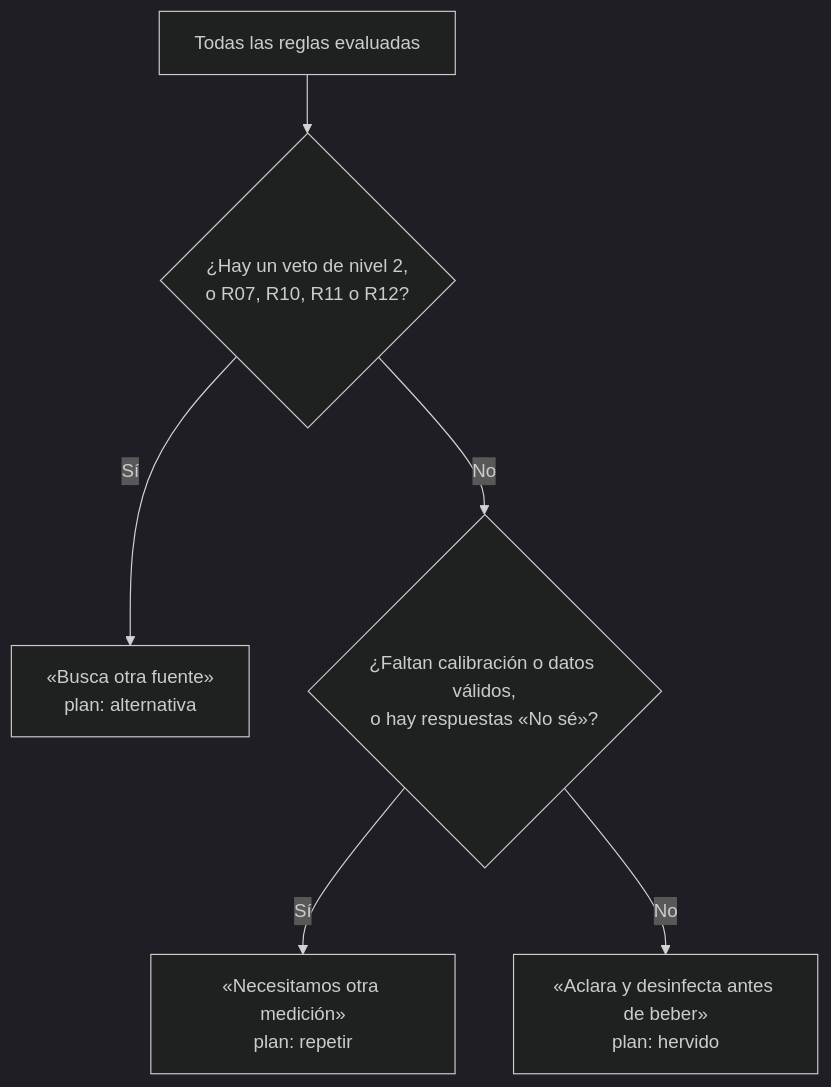
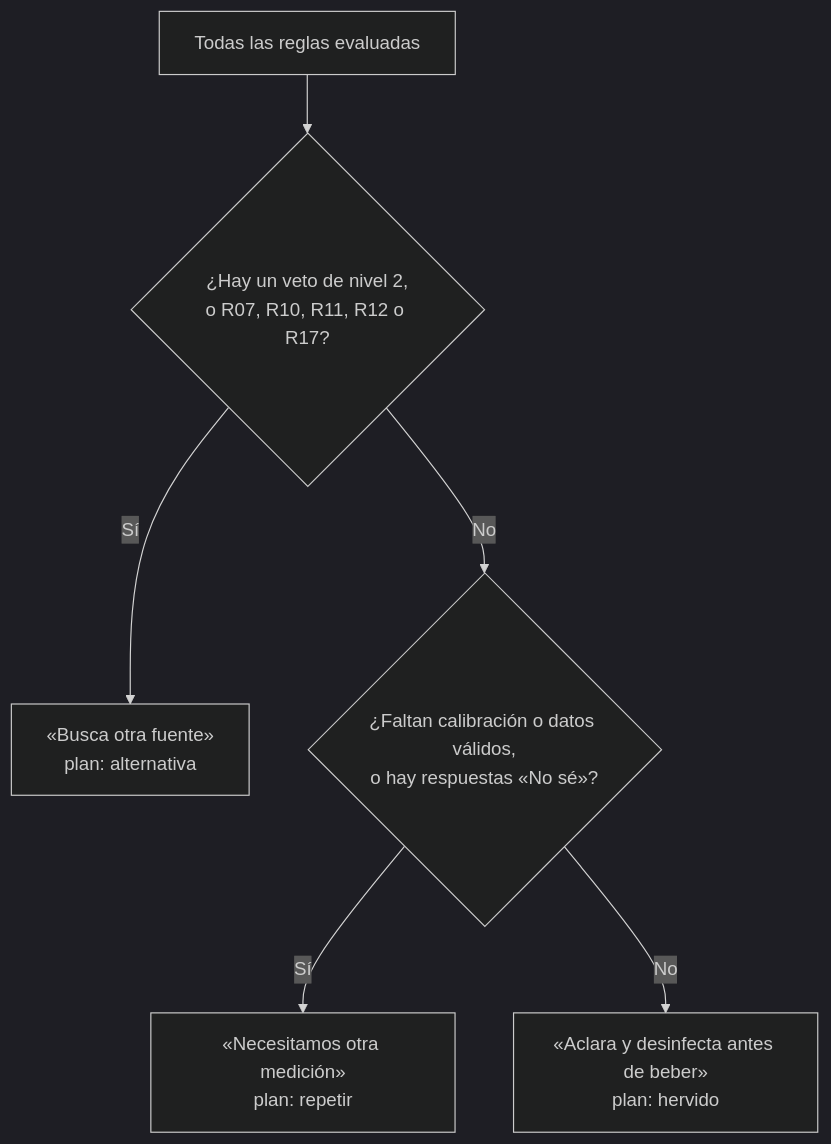
One commit to tomasmanuelgp/CampusMind changed the diagram in docs/motor-de-reglas.md. Above: the diagram before and after it, drawn with Mermaid (dark theme). The commit also changed other lines of this file and 6 other files, not shown here.

````diff
--- a/docs/motor-de-reglas.md
+++ b/docs/motor-de-reglas.md
@@ -74,8 +75,8 @@
 ```mermaid
 flowchart TD
-    A[Todas las reglas evaluadas] --> B{¿Hay un veto de nivel 2,<br/>o R07, R10, R11 o R12?}
+    A[Todas las reglas evaluadas] --> B{¿Hay un veto de nivel 2,<br/>o R07, R10, R11, R12 o R17?}
     B -- Sí --> ALT[«Busca otra fuente»<br/>plan: alternativa]
     B -- No --> C{¿Faltan calibración o datos válidos,<br/>o hay respuestas «No sé»?}
     C -- Sí --> REP[«Necesitamos otra medición»<br/>plan: repetir]
     C -- No --> HER[«Aclara y desinfecta antes de beber»<br/>plan: hervido]
 ```
````
